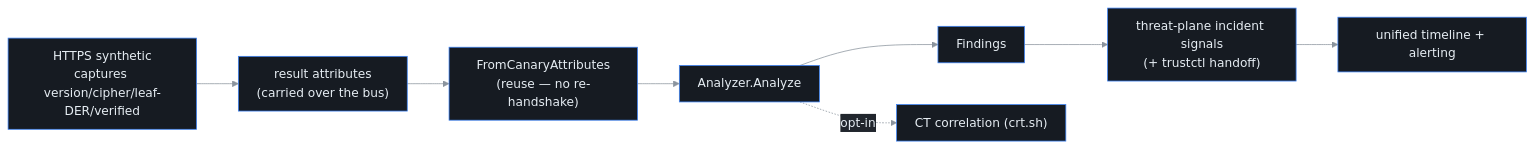
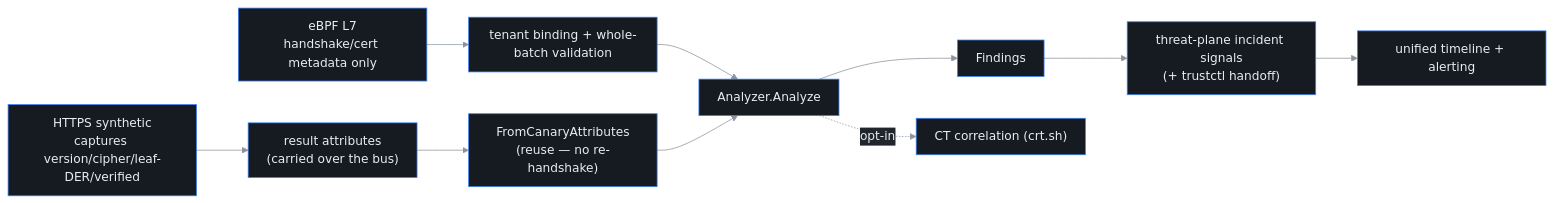
The diagram in docs/tls-observability.md (ctlplne/probectl), drawn with Mermaid before and after one commit. The commit also changed other lines of this file and 157 other files, not shown here.

````diff
--- a/docs/tls-observability.md
+++ b/docs/tls-observability.md
@@ -27,11 +28,13 @@
 ```mermaid
 %%{init: {'theme':'base','themeVariables':{'background':'#0d1117','primaryColor':'#161b22','primaryTextColor':'#e6edf3','primaryBorderColor':'#3b82f6','lineColor':'#8b949e','secondaryColor':'#21262d','tertiaryColor':'#0d1117','clusterBkg':'#161b22','clusterBorder':'#30363d','fontFamily':'ui-monospace, SFMono-Regular, Menlo, monospace'},'flowchart':{'curve':'basis','nodeSpacing':55,'rankSpacing':55,'padding':12}}}%%
 flowchart LR
   C["HTTPS synthetic<br/>captures version/cipher/leaf-DER/verified"] --> R["result attributes<br/>(carried over the bus)"]
+  E["eBPF L7<br/>handshake/cert metadata only"] --> V["tenant binding + whole-batch validation"]
+  V --> A
   R --> O["FromCanaryAttributes<br/>(reuse — no re-handshake)"]
   O --> A["Analyzer.Analyze"]
   A --> F["Findings"]
   A -. opt-in .-> CT["CT correlation (crt.sh)"]
   F --> S["threat-plane incident signals<br/>(+ trustctl handoff)"]
   S --> I["unified timeline + alerting"]
 ```
````
